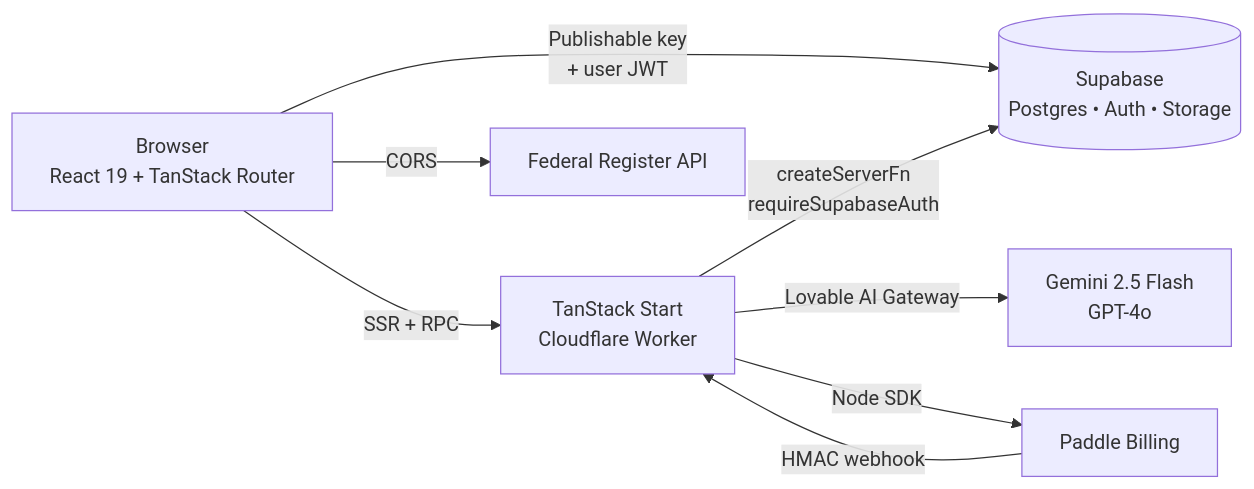
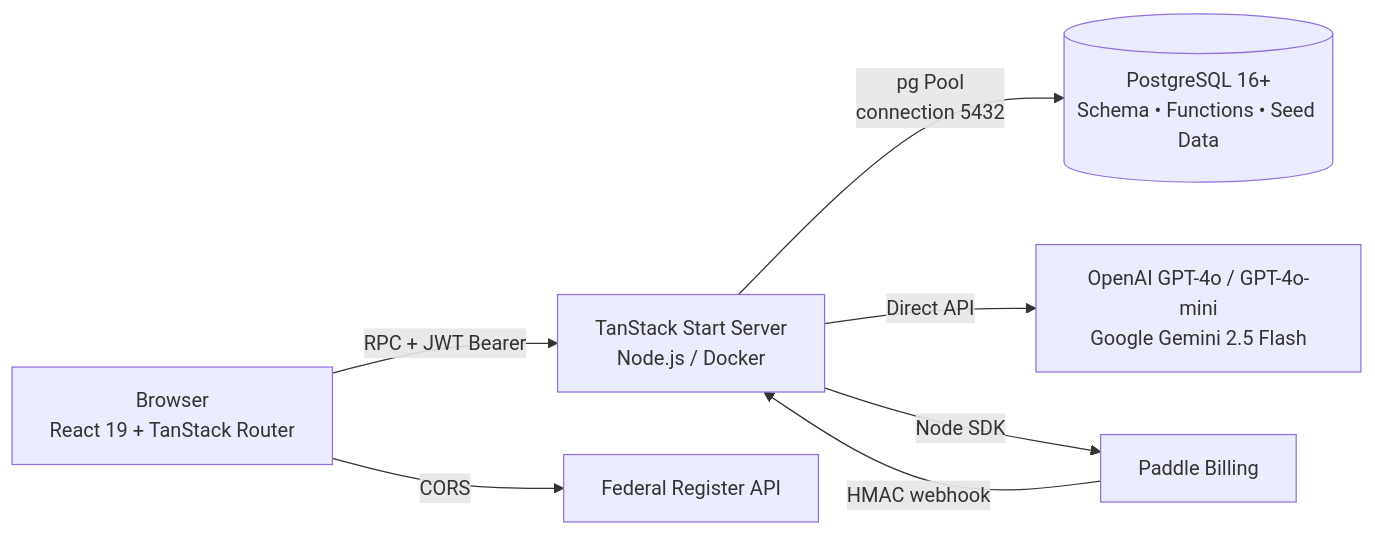
Before and after one commit to Tony1254-CS/clause-graph: the first of 6 diagrams in ARCHITECTURE.md, drawn with Mermaid. The commit also changed other lines of this file and 43 other files, not shown here.

First line of the commit message:
feat: migrate full codebase from Supabase to pure PostgreSQL backend

````diff
--- a/ARCHITECTURE.md
+++ b/ARCHITECTURE.md
@@ -11,10 +11,9 @@
 ```mermaid
 flowchart LR
-  U[Browser<br/>React 19 + TanStack Router] -->|SSR + RPC| SSR[TanStack Start<br/>Cloudflare Worker]
-  U -->|Publishable key<br/>+ user JWT| SB[(Supabase<br/>Postgres • Auth • Storage)]
-  SSR -->|createServerFn<br/>requireSupabaseAuth| SB
-  SSR -->|Lovable AI Gateway| AI[Gemini 2.5 Flash<br/>GPT-4o]
+  U[Browser<br/>React 19 + TanStack Router] -->|RPC + JWT Bearer| SSR[TanStack Start Server<br/>Node.js / Docker]
+  SSR -->|pg Pool<br/>connection 5432| PG[(PostgreSQL 16+<br/>Schema • Functions • Seed Data)]
+  SSR -->|Direct API| AI[OpenAI GPT-4o / GPT-4o-mini<br/>Google Gemini 2.5 Flash]
   SSR -->|Node SDK| PAD[Paddle Billing]
   PAD -->|HMAC webhook| SSR
   U -->|CORS| FR[Federal Register API]
 ```
````
